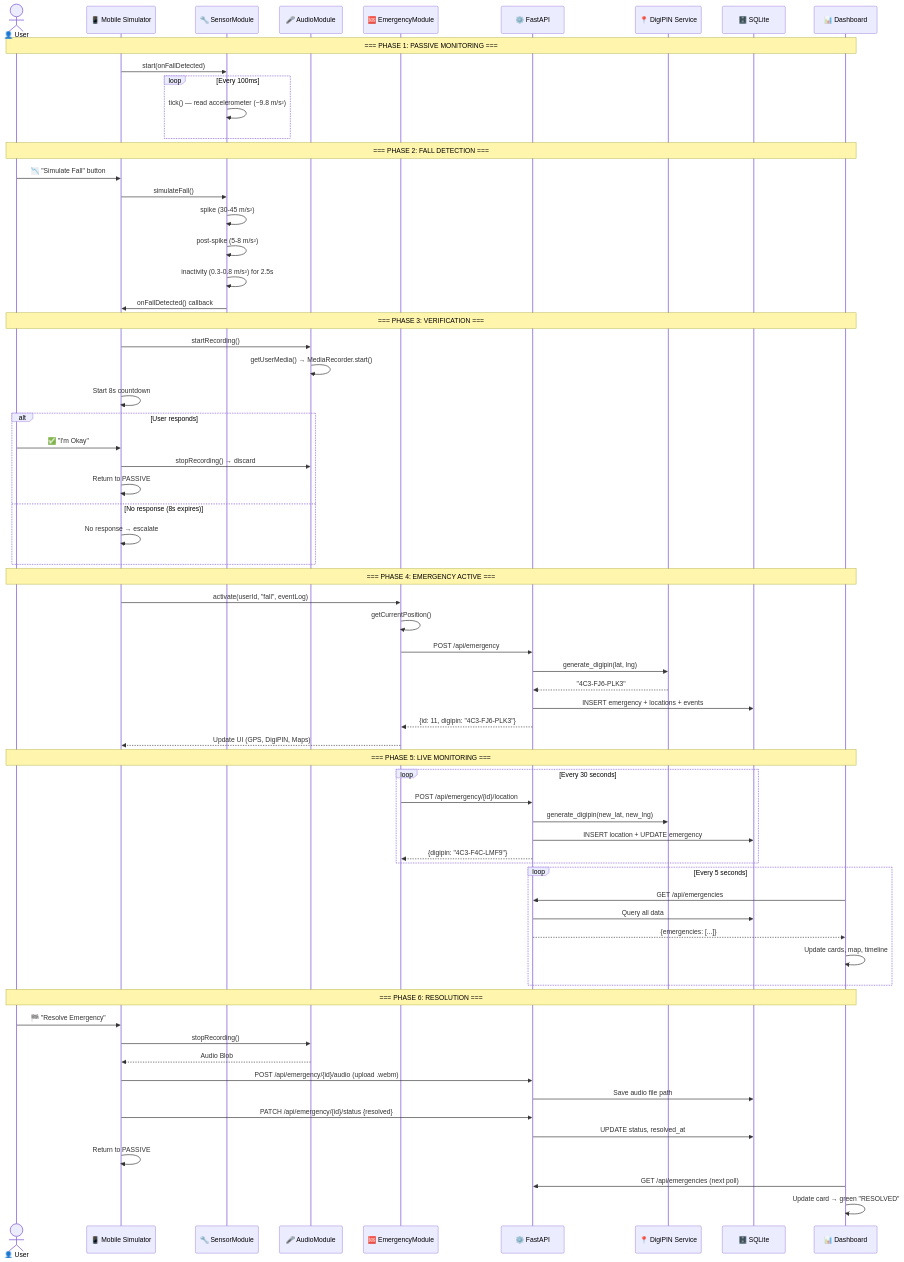
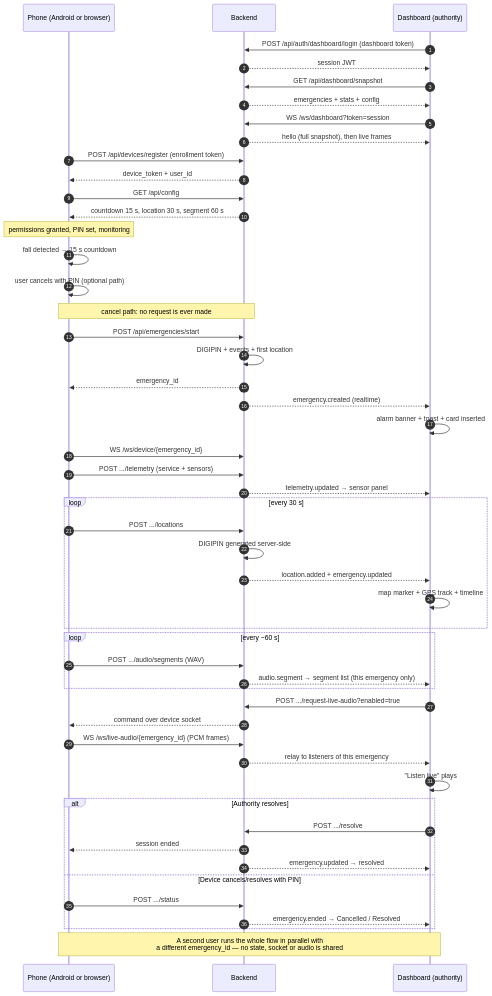
One commit to Ved2151H/zeroUi changed diagram 17 of 18 in DIAGRAMS.md. Above: the diagram before and after it, drawn with Mermaid. The commit also changed other lines of this file and 111 other files, not shown here.

First line of the commit message:
Add Zero UI: FastAPI backend, ops console, Flutter app and release APK

````diff
--- a/DIAGRAMS.md
+++ b/DIAGRAMS.md
@@ -477,75 +772,63 @@
 ```mermaid
 sequenceDiagram
-    actor User as 👤 User
-    participant Phone as 📱 Mobile Simulator
-    participant Sensor as 🔧 SensorModule
-    participant Audio as 🎤 AudioModule
-    participant Emerg as 🆘 EmergencyModule
-    participant API as ⚙️ FastAPI
-    participant DigiPIN as 📍 DigiPIN Service
-    participant DB as 🗄️ SQLite
-    participant Dash as 📊 Dashboard
+    autonumber
+    participant P as Phone (Android or browser)
+    participant B as Backend
+    participant D as Dashboard (authority)
 
-    Note over User, Dash: === PHASE 1: PASSIVE MONITORING ===
-    Phone->>Sensor: start(onFallDetected)
-    loop Every 100ms
-        Sensor->>Sensor: tick() — read accelerometer (~9.8 m/s²)
+    D->>B: POST /api/auth/dashboard/login (dashboard token)
+    B-->>D: session JWT
+    D->>B: GET /api/dashboard/snapshot
+    B-->>D: emergencies + stats + config
+    D->>B: WS /ws/dashboard?token=session
+    B-->>D: hello (full snapshot), then live frames
+
+    P->>B: POST /api/devices/register (enrollment token)
+    B-->>P: device_token + user_id
+    P->>B: GET /api/config
+    B-->>P: countdown 15 s, location 30 s, segment 60 s
+
+    Note over P: permissions granted, PIN set, monitoring
+    P->>P: fall detected → 15 s countdown
+    P->>P: user cancels with PIN (optional path)
+    Note over P,B: cancel path: no request is ever made
+
+    P->>B: POST /api/emergencies/start
+    B->>B: DIGIPIN + events + first location
+    B-->>P: emergency_id
+    B-->>D: emergency.created (realtime)
+    D->>D: alarm banner + toast + card inserted
+
+    P->>B: WS /ws/device/{emergency_id}
+    P->>B: POST .../telemetry (service + sensors)
+    B-->>D: telemetry.updated → sensor panel
+
+    loop every 30 s
+        P->>B: POST .../locations
+        B->>B: DIGIPIN generated server-side
+        B-->>D: location.added + emergency.updated
+        D->>D: map marker + GPS track + timeline
     end
 
-    Note over User, Dash: === PHASE 2: FALL DETECTION ===
-    User->>Phone: 📉 "Simulate Fall" button
-    Phone->>Sensor: simulateFall()
-    Sensor->>Sensor: spike (30-45 m/s²)
-    Sensor->>Sensor: post-spike (5-8 m/s²)
-    Sensor->>Sensor: inactivity (0.3-0.8 m/s²) for 2.5s
-    Sensor->>Phone: onFallDetected() callback
-
-    Note over User, Dash: === PHASE 3: VERIFICATION ===
-    Phone->>Audio: startRecording()
-    Audio->>Audio: getUserMedia() → MediaRecorder.start()
-    Phone->>Phone: Start 8s countdown
-    alt User responds
-        User->>Phone: ✅ "I'm Okay"
-        Phone->>Audio: stopRecording() → discard
-        Phone->>Phone: Return to PASSIVE
-    else No response (8s expires)
-        Phone->>Phone: No response → escalate
+    loop every ~60 s
+        P->>B: POST .../audio/segments (WAV)
+        B-->>D: audio.segment → segment list (this emergency only)
     end
 
-    Note over User, Dash: === PHASE 4: EMERGENCY ACTIVE ===
-    Phone->>Emerg: activate(userId, "fall", eventLog)
-    Emerg->>Emerg: getCurrentPosition()
-    Emerg->>API: POST /api/emergency
-    API->>DigiPIN: generate_digipin(lat, lng)
-    DigiPIN-->>API: "4C3-FJ6-PLK3"
-    API->>DB: INSERT emergency + locations + events
-    API-->>Emerg: {id: 11, digipin: "4C3-FJ6-PLK3"}
-    Emerg-->>Phone: Update UI (GPS, DigiPIN, Maps)
+    D->>B: POST .../request-live-audio?enabled=true
+    B-->>P: command over device socket
+    P->>B: WS /ws/live-audio/{emergency_id} (PCM frames)
+    B-->>D: relay to listeners of this emergency
+    D->>D: "Listen live" plays
 
-    Note over User, Dash: === PHASE 5: LIVE MONITORING ===
-    loop Every 30 seconds
-        Emerg->>API: POST /api/emergency/{id}/location
-        API->>DigiPIN: generate_digipin(new_lat, new_lng)
-        API->>DB: INSERT location + UPDATE emergency
-        API-->>Emerg: {digipin: "4C3-F4C-LMF9"}
+    alt Authority resolves
+        D->>B: POST .../resolve
+        B-->>P: session ended
+        B-->>D: emergency.updated → resolved
+    else Device cancels/resolves with PIN
+        P->>B: POST .../status
+        B-->>D: emergency.ended → Cancelled / Resolved
     end
 
-    loop Every 5 seconds
-        Dash->>API: GET /api/emergencies
-        API->>DB: Query all data
-        API-->>Dash: {emergencies: [...]}
-        Dash->>Dash: Update cards, map, timeline
-    end
-
-    Note over User, Dash: === PHASE 6: RESOLUTION ===
-    User->>Phone: 🏁 "Resolve Emergency"
-    Phone->>Audio: stopRecording()
-    Audio-->>Phone: Audio Blob
-    Phone->>API: POST /api/emergency/{id}/audio (upload .webm)
-    API->>DB: Save audio file path
-    Phone->>API: PATCH /api/emergency/{id}/status {resolved}
-    API->>DB: UPDATE status, resolved_at
-    Phone->>Phone: Return to PASSIVE
-    Dash->>API: GET /api/emergencies (next poll)
-    Dash->>Dash: Update card → green "RESOLVED"
+    Note over P,D: A second user runs the whole flow in parallel with<br>a different emergency_id — no state, socket or audio is shared
 ```
````
